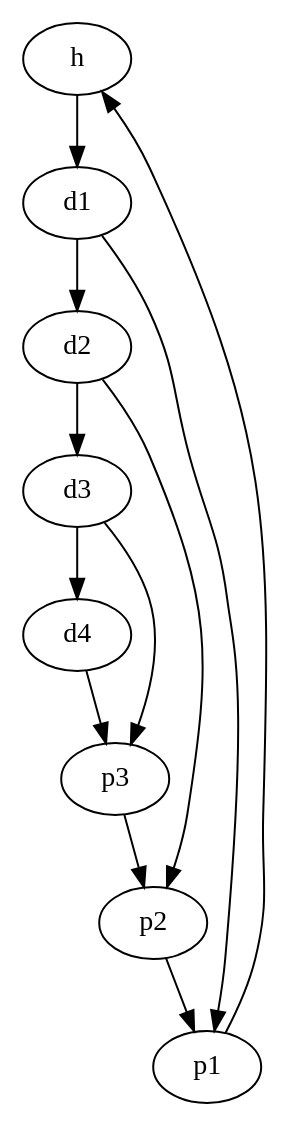
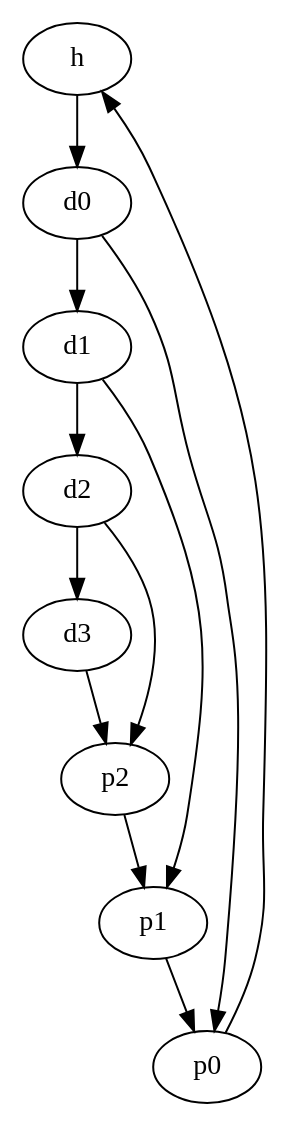
Before and after one commit to fabiocody/retiming: the diagram in graphs/correlator1.dot, drawn with Graphviz. The commit also changed 3 other files, not shown here.

Commit message:
Change labels in graphs

```diff
--- a/graphs/correlator1.dot
+++ b/graphs/correlator1.dot
@@ -1,21 +1,21 @@
 digraph  {
 h [weight=0];
+d0 [weight=3];
 d1 [weight=3];
 d2 [weight=3];
 d3 [weight=3];
-d4 [weight=3];
+p0 [weight=7];
 p1 [weight=7];
 p2 [weight=7];
-p3 [weight=7];
-h -> d1  [key=0, weight=1];
+h -> d0  [key=0, weight=1];
+d0 -> d1  [key=0, weight=1];
+d0 -> p0  [key=0, weight=0];
 d1 -> d2  [key=0, weight=1];
 d1 -> p1  [key=0, weight=0];
 d2 -> d3  [key=0, weight=1];
 d2 -> p2  [key=0, weight=0];
-d3 -> d4  [key=0, weight=1];
-d3 -> p3  [key=0, weight=0];
-d4 -> p3  [key=0, weight=0];
-p1 -> h  [key=0, weight=0];
+d3 -> p2  [key=0, weight=0];
+p0 -> h  [key=0, weight=0];
+p1 -> p0  [key=0, weight=0];
 p2 -> p1  [key=0, weight=0];
-p3 -> p2  [key=0, weight=0];
 }
```
